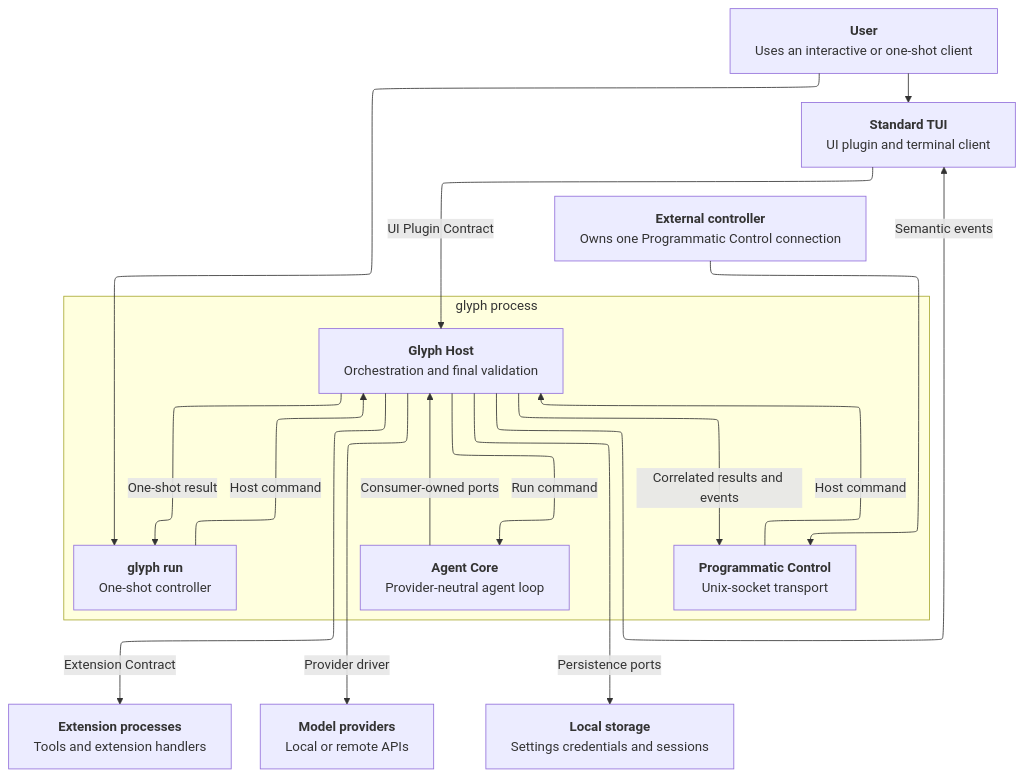
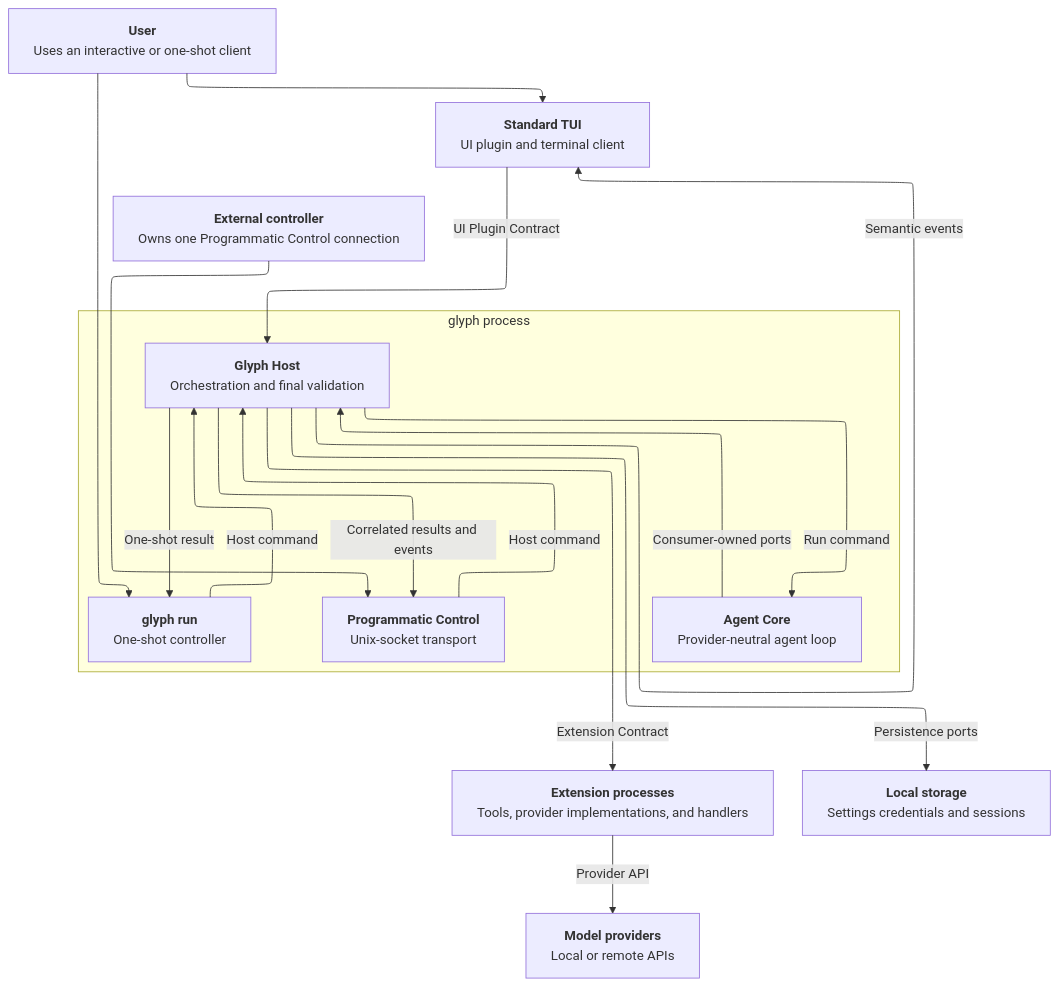
The diagram in docs/specs/features/initial/architecture.md (n-r-w/glyph), drawn with Mermaid before and after one commit. The commit also changed other lines of this file and 7 other files, not shown here.

````diff
--- a/docs/specs/features/initial/architecture.md
+++ b/docs/specs/features/initial/architecture.md
@@ -70,49 +70,49 @@
 ```mermaid
 ---
 config:
   layout: elk
   flowchart:
     wrappingWidth: 700
     htmlLabels: true
 ---
 flowchart TD
   User["`**User**
   Uses an interactive or one-shot client`"]
   Controller["`**External controller**
   Owns one Programmatic Control connection`"]
   TUI["`**Standard TUI**
   UI plugin and terminal client`"]
   Ext["`**Extension processes**
-  Tools and extension handlers`"]
+  Tools, provider implementations, and handlers`"]
   Provider["`**Model providers**
   Local or remote APIs`"]
   Store["`**Local storage**
   Settings credentials and sessions`"]
 
   subgraph Glyph["glyph process"]
     direction TB
     Headless["`**glyph run**
     One-shot controller`"]
     Control["`**Programmatic Control**
     Unix-socket transport`"]
     Host["`**Glyph Host**
     Orchestration and final validation`"]
     Core["`**Agent Core**
     Provider-neutral agent loop`"]
   end
 
   User --> TUI
   User --> Headless
   Controller --> Control
   TUI -->|UI Plugin Contract| Host
   Headless -->|Host command| Host
   Control -->|Host command| Host
   Host -->|Run command| Core
   Core -->|Consumer-owned ports| Host
   Host -->|Extension Contract| Ext
-  Host -->|Provider driver| Provider
+  Ext -->|Provider API| Provider
   Host -->|Persistence ports| Store
   Host -->|Semantic events| TUI
   Host -->|One-shot result| Headless
   Host -->|Correlated results and events| Control
 ```
````
